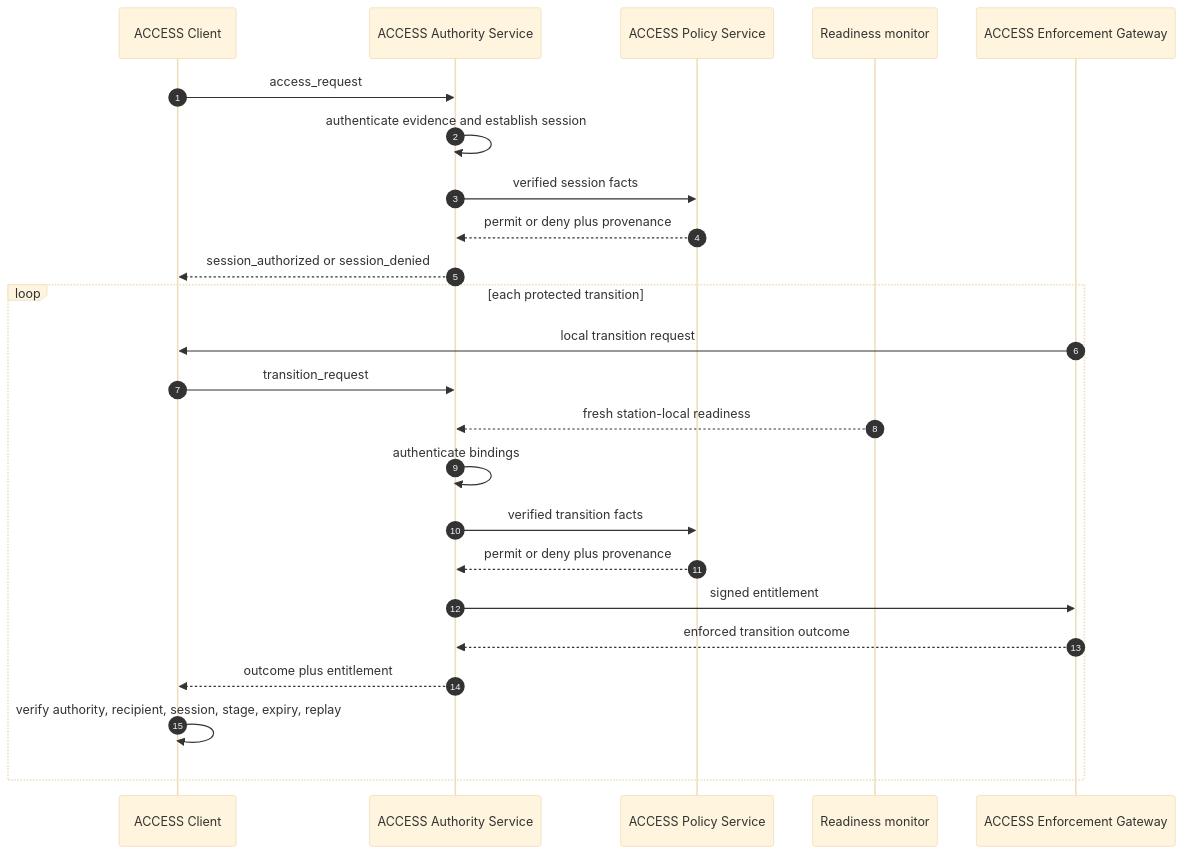
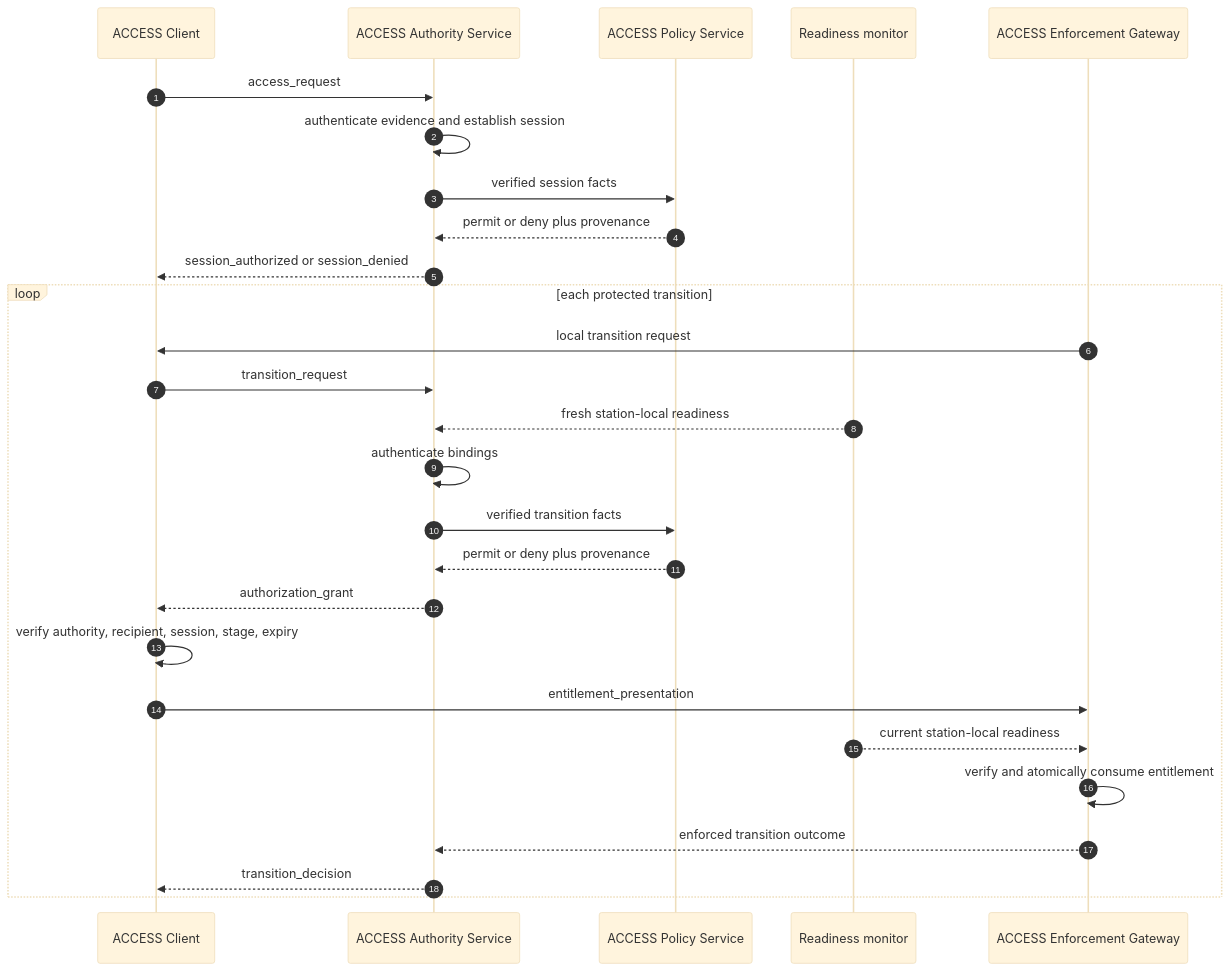
One commit to dboulet01/access changed the diagram in docs/commercial-refueling-scenario.md. Above: the diagram before and after it, drawn with Mermaid (base theme). The commit also changed other lines of this file and 5 other files, not shown here.

Commit message:
docs(access): align client-held entitlement flow

````diff
--- a/docs/commercial-refueling-scenario.md
+++ b/docs/commercial-refueling-scenario.md
@@ -59,28 +59,31 @@
 ```mermaid
 sequenceDiagram
   autonumber
   participant AC as ACCESS Client
   participant AAS as ACCESS Authority Service
   participant APS as ACCESS Policy Service
   participant AEP as Readiness monitor
   participant AEG as ACCESS Enforcement Gateway
 
   AC->>AAS: access_request
   AAS->>AAS: authenticate evidence and establish session
   AAS->>APS: verified session facts
   APS-->>AAS: permit or deny plus provenance
   AAS-->>AC: session_authorized or session_denied
 
   loop each protected transition
     AEG->>AC: local transition request
     AC->>AAS: transition_request
     AEP-->>AAS: fresh station-local readiness
     AAS->>AAS: authenticate bindings
     AAS->>APS: verified transition facts
     APS-->>AAS: permit or deny plus provenance
-    AAS->>AEG: signed entitlement
+    AAS-->>AC: authorization_grant
+    AC->>AC: verify authority, recipient, session, stage, expiry
+    AC->>AEG: entitlement_presentation
+    AEP-->>AEG: current station-local readiness
+    AEG->>AEG: verify and atomically consume entitlement
     AEG-->>AAS: enforced transition outcome
-    AAS-->>AC: outcome plus entitlement
-    AC->>AC: verify authority, recipient, session, stage, expiry, replay
+    AAS-->>AC: transition_decision
   end
 ```
````
